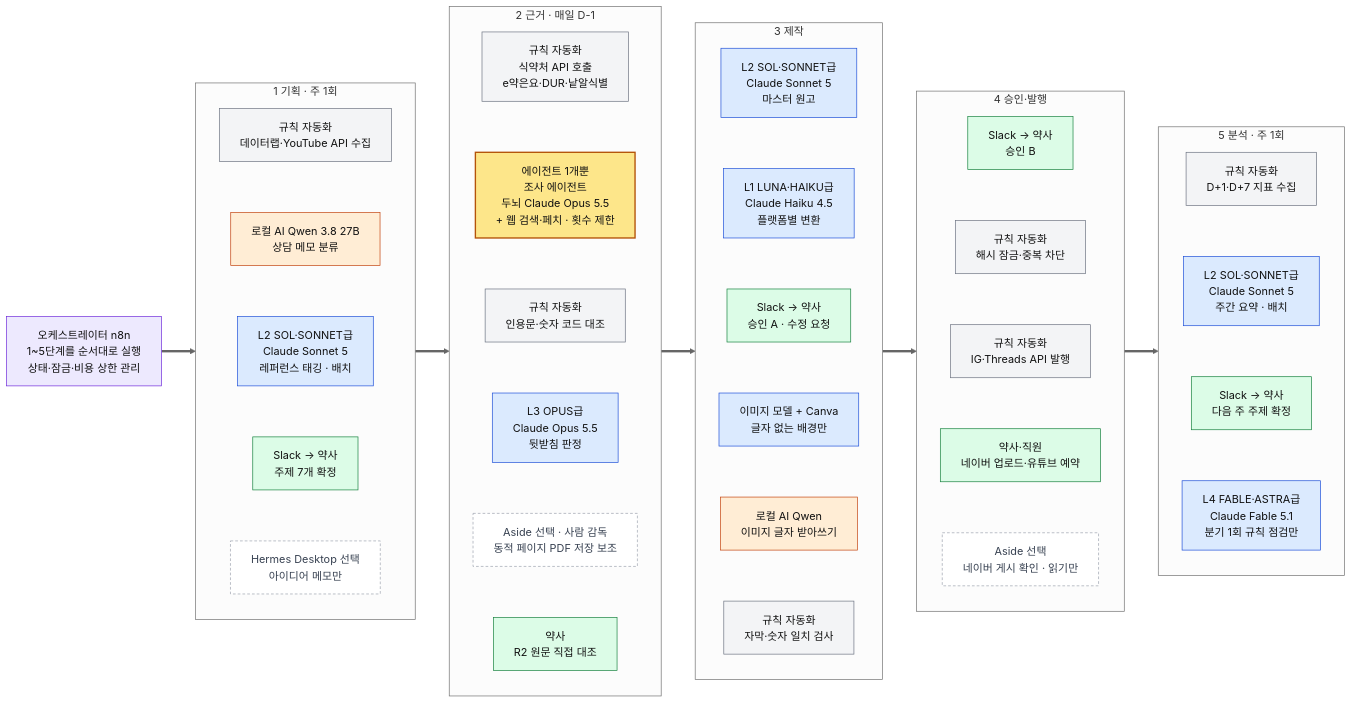
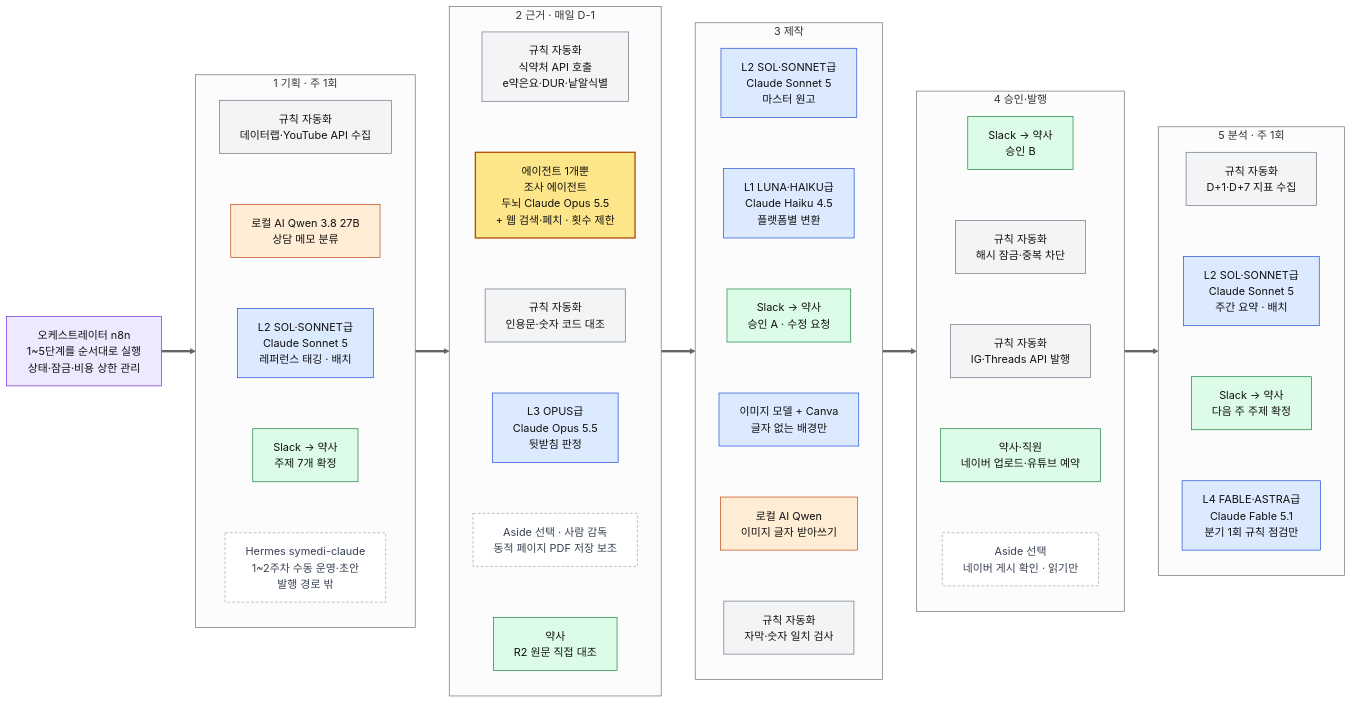
One commit to wsh7254-cloud/SY-Medi changed the second of 7 diagrams in docs/content-system-design.md. Above: the diagram before and after it, drawn with Mermaid (neutral theme). The commit also changed other lines of this file and 13 other files, not shown here.

First line of the commit message:
Add Hermes symedi-claude profile and apply pharmacist's answers

````diff
--- a/docs/content-system-design.md
+++ b/docs/content-system-design.md
@@ -186,59 +209,59 @@
 ```mermaid
 flowchart LR
     ORC["오케스트레이터 n8n<br/>1~5단계를 순서대로 실행<br/>상태·잠금·비용 상한 관리"]:::orc
     subgraph P1["1 기획 · 주 1회"]
         direction TB
         a2["규칙 자동화<br/>데이터랩·YouTube API 수집"]:::rule
         a3["로컬 AI Qwen 3.8 27B<br/>상담 메모 분류"]:::local
         a4["L2 SOL·SONNET급<br/>Claude Sonnet 5<br/>레퍼런스 태깅 · 배치"]:::cloud
         a5["Slack → 약사<br/>주제 7개 확정"]:::human
-        a6["Hermes Desktop 선택<br/>아이디어 메모만"]:::outside
+        a6["Hermes symedi-claude<br/>1~2주차 수동 운영·초안<br/>발행 경로 밖"]:::outside
         a2 ~~~ a3 ~~~ a4 ~~~ a5 ~~~ a6
     end
     subgraph P2["2 근거 · 매일 D-1"]
         direction TB
         b1["규칙 자동화<br/>식약처 API 호출<br/>e약은요·DUR·낱알식별"]:::rule
         b2["에이전트 1개뿐<br/>조사 에이전트<br/>두뇌 Claude Opus 5.5<br/>+ 웹 검색·페치 · 횟수 제한"]:::agent
         b3["규칙 자동화<br/>인용문·숫자 코드 대조"]:::rule
         b4["L3 OPUS급<br/>Claude Opus 5.5<br/>뒷받침 판정"]:::cloud
         b5["Aside 선택 · 사람 감독<br/>동적 페이지 PDF 저장 보조"]:::outside
         b6["약사<br/>R2 원문 직접 대조"]:::human
         b1 ~~~ b2 ~~~ b3 ~~~ b4 ~~~ b5 ~~~ b6
     end
     subgraph P3["3 제작"]
         direction TB
         c1["L2 SOL·SONNET급<br/>Claude Sonnet 5<br/>마스터 원고"]:::cloud
         c2["L1 LUNA·HAIKU급<br/>Claude Haiku 4.5<br/>플랫폼별 변환"]:::cloud
         c3["Slack → 약사<br/>승인 A · 수정 요청"]:::human
         c4["이미지 모델 + Canva<br/>글자 없는 배경만"]:::cloud
         c5["로컬 AI Qwen<br/>이미지 글자 받아쓰기"]:::local
         c6["규칙 자동화<br/>자막·숫자 일치 검사"]:::rule
         c1 ~~~ c2 ~~~ c3 ~~~ c4 ~~~ c5 ~~~ c6
     end
     subgraph P4["4 승인·발행"]
         direction TB
         d1["Slack → 약사<br/>승인 B"]:::human
         d2["규칙 자동화<br/>해시 잠금·중복 차단"]:::rule
         d3["규칙 자동화<br/>IG·Threads API 발행"]:::rule
         d4["약사·직원<br/>네이버 업로드·유튜브 예약"]:::human
         d5["Aside 선택<br/>네이버 게시 확인 · 읽기만"]:::outside
         d1 ~~~ d2 ~~~ d3 ~~~ d4 ~~~ d5
     end
     subgraph P5["5 분석 · 주 1회"]
         direction TB
         e1["규칙 자동화<br/>D+1·D+7 지표 수집"]:::rule
         e2["L2 SOL·SONNET급<br/>Claude Sonnet 5<br/>주간 요약 · 배치"]:::cloud
         e3["Slack → 약사<br/>다음 주 주제 확정"]:::human
         e4["L4 FABLE·ASTRA급<br/>Claude Fable 5.1<br/>분기 1회 규칙 점검만"]:::cloud
         e1 ~~~ e2 ~~~ e3 ~~~ e4
     end
     ORC ==> P1 ==> P2 ==> P3 ==> P4 ==> P5
 
     classDef orc fill:#ede9fe,stroke:#6d28d9,color:#111
     classDef rule fill:#f3f4f6,stroke:#6b7280,color:#111
     classDef cloud fill:#dbeafe,stroke:#1d4ed8,color:#111
     classDef agent fill:#fde68a,stroke:#b45309,color:#111,stroke-width:2px
     classDef local fill:#ffedd5,stroke:#c2410c,color:#111
     classDef human fill:#dcfce7,stroke:#15803d,color:#111
     classDef outside fill:#ffffff,stroke:#9ca3af,color:#374151,stroke-dasharray:4 3
 ```
````
